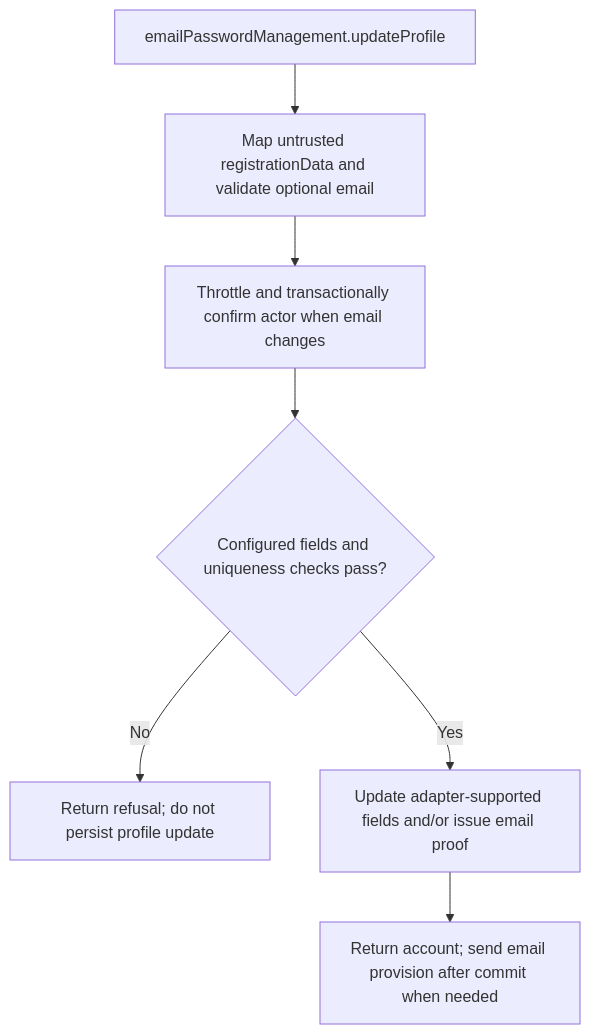
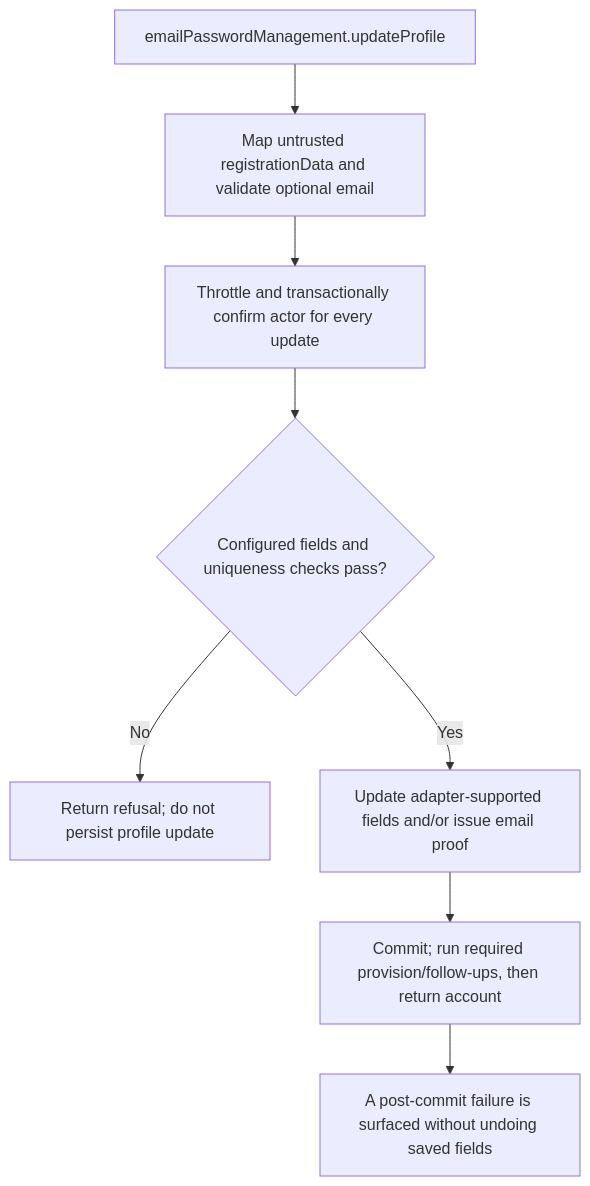
The second of 2 diagrams in user-stories/US-ACCOUNT-07-update-profile.md (Kevinjohn/oss-adonisjs-account-kit), drawn with Mermaid before and after one commit. The commit also changed other lines of this file and 5 other files, not shown here.

````diff
--- a/user-stories/US-ACCOUNT-07-update-profile.md
+++ b/user-stories/US-ACCOUNT-07-update-profile.md
@@ -31,9 +31,10 @@
 ```mermaid
 flowchart TD
  A["emailPasswordManagement.updateProfile"] --> B["Map untrusted registrationData and validate optional email"]
- B --> C["Throttle and transactionally confirm actor when email changes"]
+ B --> C["Throttle and transactionally confirm actor for every update"]
  C --> D{"Configured fields and uniqueness checks pass?"}
  D -->|No| E["Return refusal; do not persist profile update"]
  D -->|Yes| F["Update adapter-supported fields and/or issue email proof"]
- F --> G["Return account; send email provision after commit when needed"]
+ F --> G["Commit; run required provision/follow-ups, then return account"]
+ G --> H["A post-commit failure is surfaced without undoing saved fields"]
 ```
````
